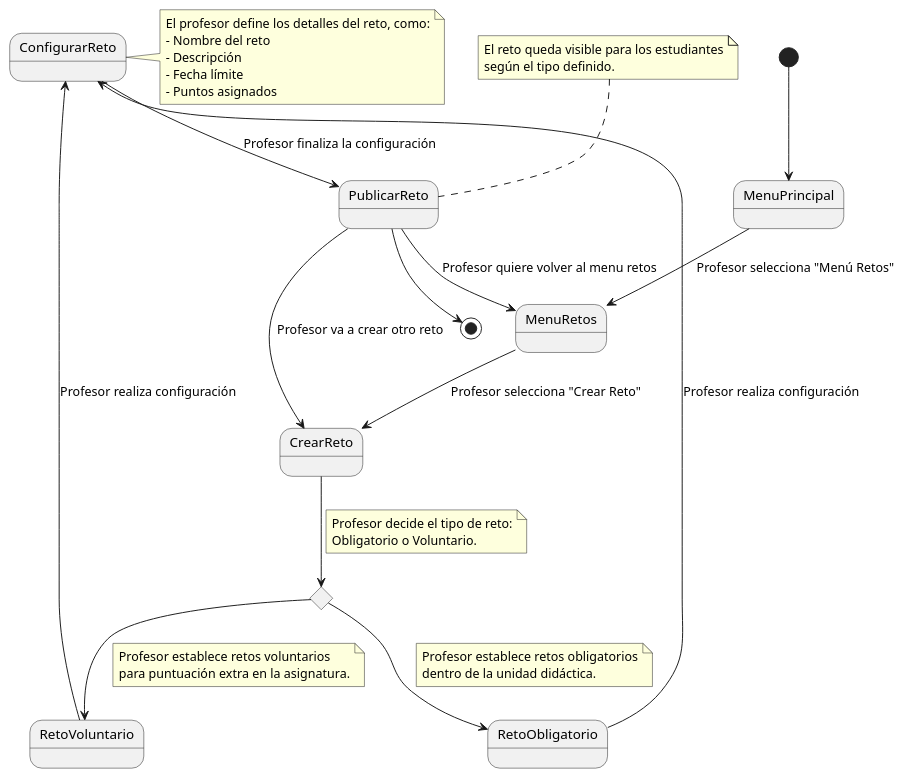
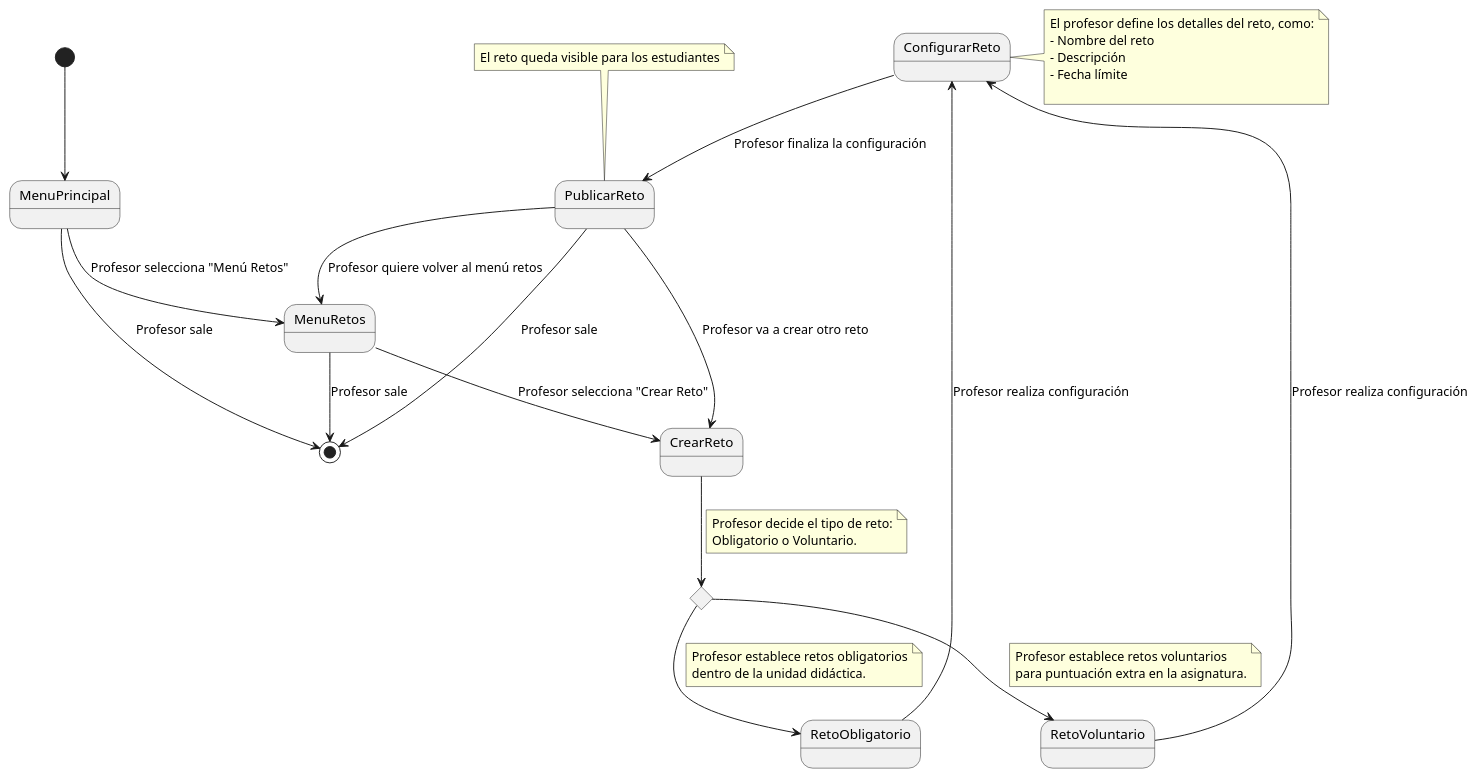
The diagram in Documentos/DetallarCasosDeUso/CrearRetos.puml (mmasias/24-25-IdSw1-SDR), drawn with PlantUML before and after one commit.

```diff
--- a/Documentos/DetallarCasosDeUso/CrearRetos.puml
+++ b/Documentos/DetallarCasosDeUso/CrearRetos.puml
@@ -1,47 +1,51 @@
 @startuml
 
 [*] --> MenuPrincipal
 
 MenuPrincipal --> MenuRetos : Profesor selecciona "Menú Retos"
+MenuPrincipal --> [*] : Profesor sale
+
 MenuRetos --> CrearReto : Profesor selecciona "Crear Reto"
+MenuRetos --> [*] : Profesor sale
 
 state TipoDeReto <<choice>>
 CrearReto --> TipoDeReto
 note on link
     Profesor decide el tipo de reto:
     Obligatorio o Voluntario.
 end note 
 
 TipoDeReto --> RetoObligatorio
 note on link
     Profesor establece retos obligatorios
     dentro de la unidad didáctica.
 end note 
 
 TipoDeReto --> RetoVoluntario
 note on link
     Profesor establece retos voluntarios
     para puntuación extra en la asignatura.
 end note 
 
 RetoObligatorio --> ConfigurarReto : Profesor realiza configuración
 RetoVoluntario --> ConfigurarReto : Profesor realiza configuración
 note right of ConfigurarReto
     El profesor define los detalles del reto, como:
     - Nombre del reto
     - Descripción
     - Fecha límite
-    - Puntos asignados
+
 end note
 
 ConfigurarReto --> PublicarReto : Profesor finaliza la configuración
+
+
 note top of PublicarReto
     El reto queda visible para los estudiantes
-    según el tipo definido.
 end note
 
 PublicarReto --> CrearReto : Profesor va a crear otro reto
-PublicarReto --> MenuRetos : Profesor quiere volver al menu retos
-PublicarReto --> [*] 
+PublicarReto --> MenuRetos : Profesor quiere volver al menú retos
+PublicarReto --> [*] : Profesor sale
 
 @enduml
```
